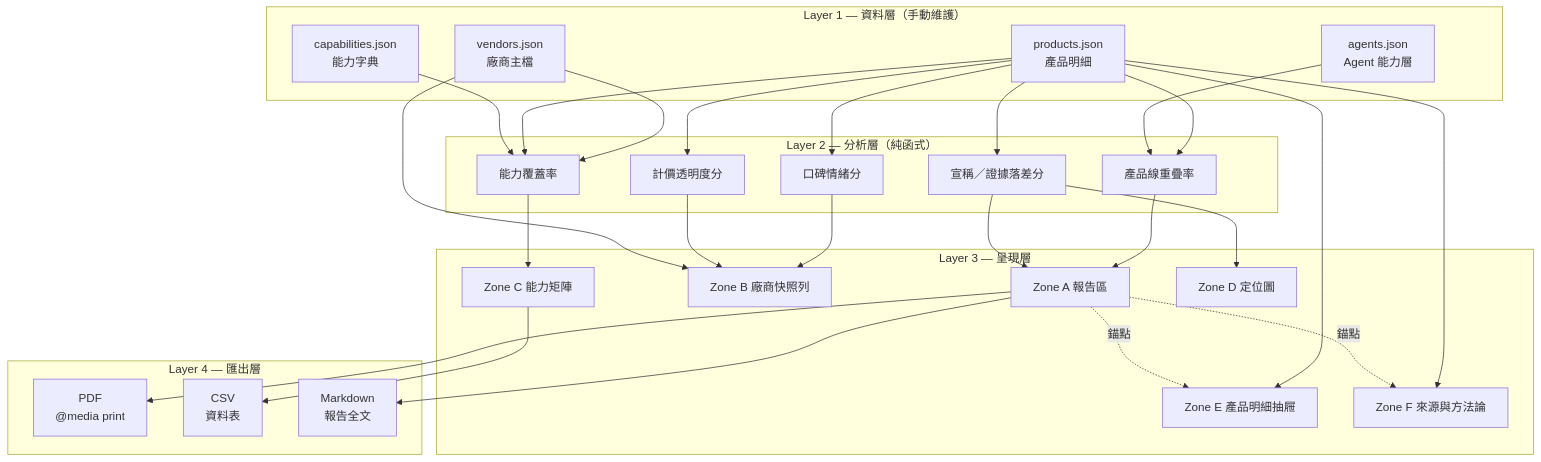
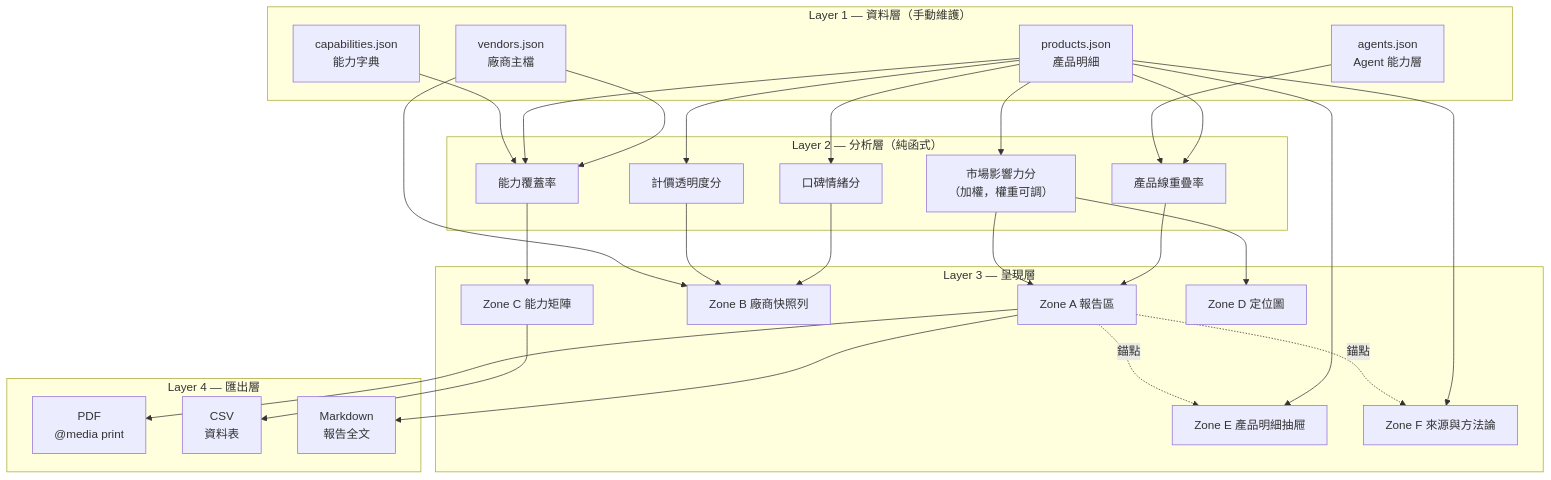
One commit to aliencat0528/martech-competitor-dashboard changed the first of 2 diagrams in docs/ARCHITECTURE.md. Above: the diagram before and after it, drawn with Mermaid. The commit also changed other lines of this file and 5 other files, not shown here.

````diff
--- a/docs/ARCHITECTURE.md
+++ b/docs/ARCHITECTURE.md
@@ -10,58 +10,58 @@
 ```mermaid
 flowchart TB
   subgraph L1["Layer 1 — 資料層（手動維護）"]
     V["vendors.json<br/>廠商主檔"]
     P["products.json<br/>產品明細"]
     A["agents.json<br/>Agent 能力層"]
     C["capabilities.json<br/>能力字典"]
   end
 
   subgraph L2["Layer 2 — 分析層（純函式）"]
     M1["能力覆蓋率"]
     M2["產品線重疊率"]
-    M3["宣稱／證據落差分"]
+    M3["市場影響力分<br/>（加權，權重可調）"]
     M4["口碑情緒分"]
     M5["計價透明度分"]
   end
 
   subgraph L3["Layer 3 — 呈現層"]
     ZA["Zone A 報告區"]
     ZB["Zone B 廠商快照列"]
     ZC["Zone C 能力矩陣"]
     ZD["Zone D 定位圖"]
     ZE["Zone E 產品明細抽屜"]
     ZF["Zone F 來源與方法論"]
   end
 
   subgraph L4["Layer 4 — 匯出層"]
     EP["PDF<br/>@media print"]
     EC["CSV<br/>資料表"]
     EM["Markdown<br/>報告全文"]
   end
 
   V --> M1
   P --> M1
   P --> M2
   P --> M3
   P --> M4
   P --> M5
   A --> M2
   C --> M1
 
   M1 --> ZC
   M2 --> ZA
   M3 --> ZA
   M3 --> ZD
   M4 --> ZB
   M5 --> ZB
   P --> ZE
   V --> ZB
   P --> ZF
 
   ZA --> EP
   ZA --> EM
   ZC --> EC
 
   ZA -. 錨點 .-> ZE
   ZA -. 錨點 .-> ZF
 ```
````
